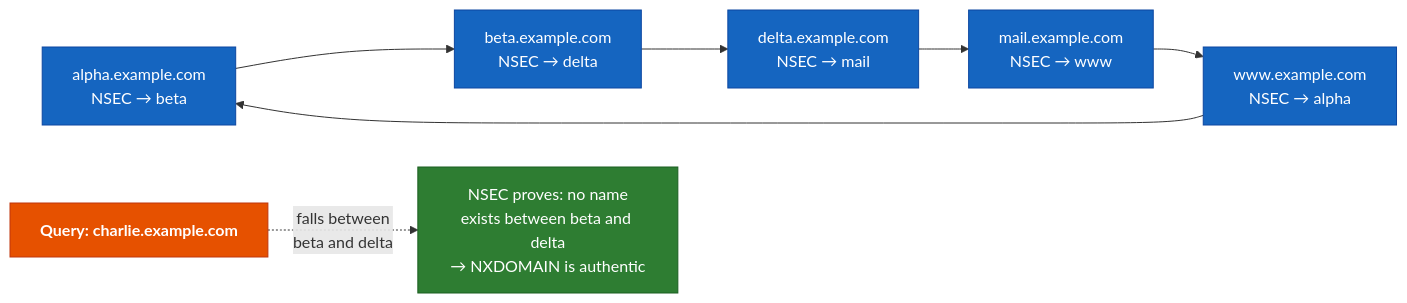
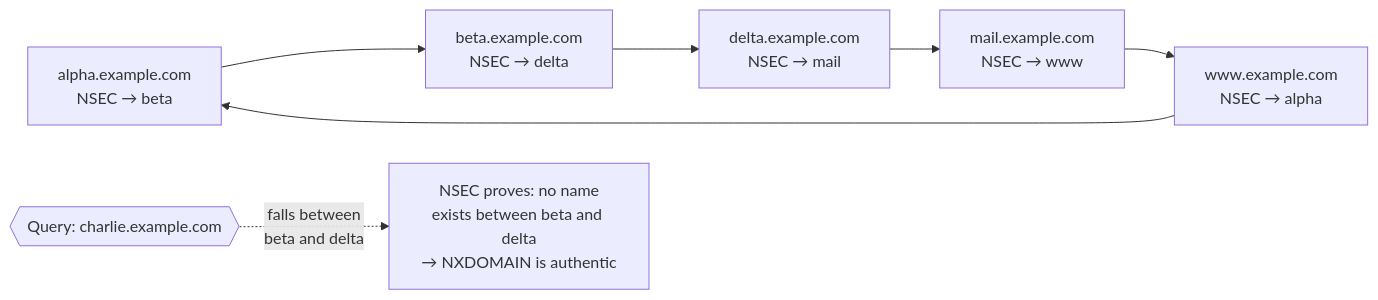
The second of 4 diagrams in DNS Administration/dnssec.md (ringo380/guides), drawn with Mermaid before and after one commit. The commit also changed other lines of this file and 2 other files, not shown here.

Commit message:
docs(dns-administration): remove hardcoded Mermaid colors for theme compatibility
Strip all classDef and style directives from Mermaid diagrams so
MkDocs Material's built-in theme handles light/dark mode automatically.
Fixes unreadable text and white blocks when toggling color schemes.

````diff
--- a/DNS Administration/dnssec.md
+++ b/DNS Administration/dnssec.md
@@ -147,17 +141,13 @@
 ```mermaid
 graph LR
-    A["alpha.example.com<br/>NSEC → beta"]:::exists
-    B["beta.example.com<br/>NSEC → delta"]:::exists
-    D["delta.example.com<br/>NSEC → mail"]:::exists
-    M["mail.example.com<br/>NSEC → www"]:::exists
-    W["www.example.com<br/>NSEC → alpha"]:::exists
+    A["alpha.example.com<br/>NSEC → beta"]
+    B["beta.example.com<br/>NSEC → delta"]
+    D["delta.example.com<br/>NSEC → mail"]
+    M["mail.example.com<br/>NSEC → www"]
+    W["www.example.com<br/>NSEC → alpha"]
 
     A --> B --> D --> M --> W --> A
 
-    Q["Query: charlie.example.com"]:::query
-    Q -.->|"falls between<br/>beta and delta"| GAP["NSEC proves: no name<br/>exists between beta and delta<br/>→ NXDOMAIN is authentic"]:::proof
-
-    classDef exists fill:#1565c0,color:#fff,stroke:#0d47a1
-    classDef query fill:#e65100,color:#fff,stroke:#bf360c,font-weight:bold
-    classDef proof fill:#2e7d32,color:#fff,stroke:#1b5e20
+    Q{{"Query: charlie.example.com"}}
+    Q -.->|"falls between<br/>beta and delta"| GAP["NSEC proves: no name<br/>exists between beta and delta<br/>→ NXDOMAIN is authentic"]
 ```
````
